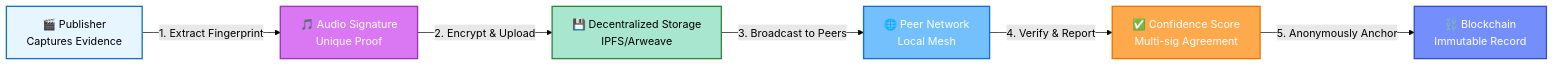
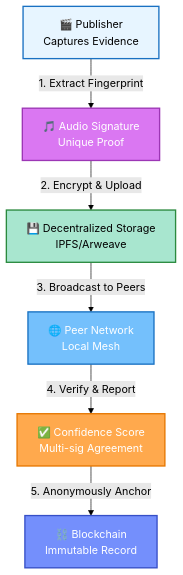
The first of 5 diagrams in src/backend/CONCEPT.md (gagradebnath/QuantumSync), drawn with Mermaid (forest theme) before and after one commit.

````diff
--- a/src/backend/CONCEPT.md
+++ b/src/backend/CONCEPT.md
@@ -17,15 +17,15 @@
 ```mermaid
-graph LR
+graph TD
     A["🎬 Publisher<br/>Captures Evidence"] -->|1. Extract Fingerprint| B["🎵 Audio Signature<br/>Unique Proof"]
     B -->|2. Encrypt & Upload| C["💾 Decentralized Storage<br/>IPFS/Arweave"]
     C -->|3. Broadcast to Peers| D["🌐 Peer Network<br/>Local Mesh"]
     D -->|4. Verify & Report| E["✅ Confidence Score<br/>Multi-sig Agreement"]
     E -->|5. Anonymously Anchor| F["⛓️ Blockchain<br/>Immutable Record"]
     
     style A fill:#e7f5ff,stroke:#1971c2,stroke-width:2px
     style B fill:#da77f2,stroke:#9c36b5,stroke-width:2px,color:#fff
     style C fill:#a8e6cf,stroke:#2b8a3e,stroke-width:2px,color:#000
     style D fill:#74c0fc,stroke:#1971c2,stroke-width:2px,color:#fff
     style E fill:#ffa94d,stroke:#e67700,stroke-width:2px,color:#fff
     style F fill:#748ffc,stroke:#364fc7,stroke-width:2px,color:#fff
 ```
````
